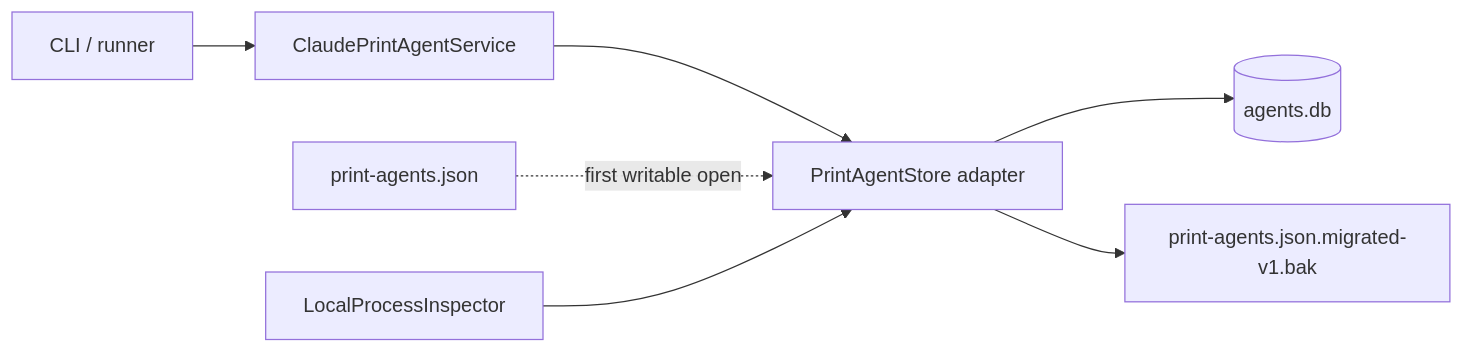
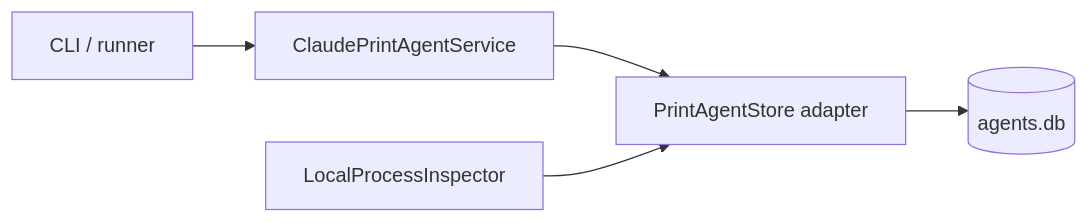
The diagram in docs/ai/design/2026-08-18-feature-durable-agents-sqlite.md (codeaholicguy/ai-devkit), drawn with Mermaid before and after one commit. The commit also changed other lines of this file and 5 other files, not shown here.

````diff
--- a/docs/ai/design/2026-08-18-feature-durable-agents-sqlite.md
+++ b/docs/ai/design/2026-08-18-feature-durable-agents-sqlite.md
@@ -11,9 +11,7 @@
 ```mermaid
 flowchart LR
   CLI[CLI / runner] --> Service[ClaudePrintAgentService]
   Service --> Store[PrintAgentStore adapter]
   Store --> DB[(agents.db)]
-  JSON[print-agents.json] -. first writable open .-> Store
   Inspector[LocalProcessInspector] --> Store
-  Store --> Backup[print-agents.json.migrated-v1.bak]
 ```
````
